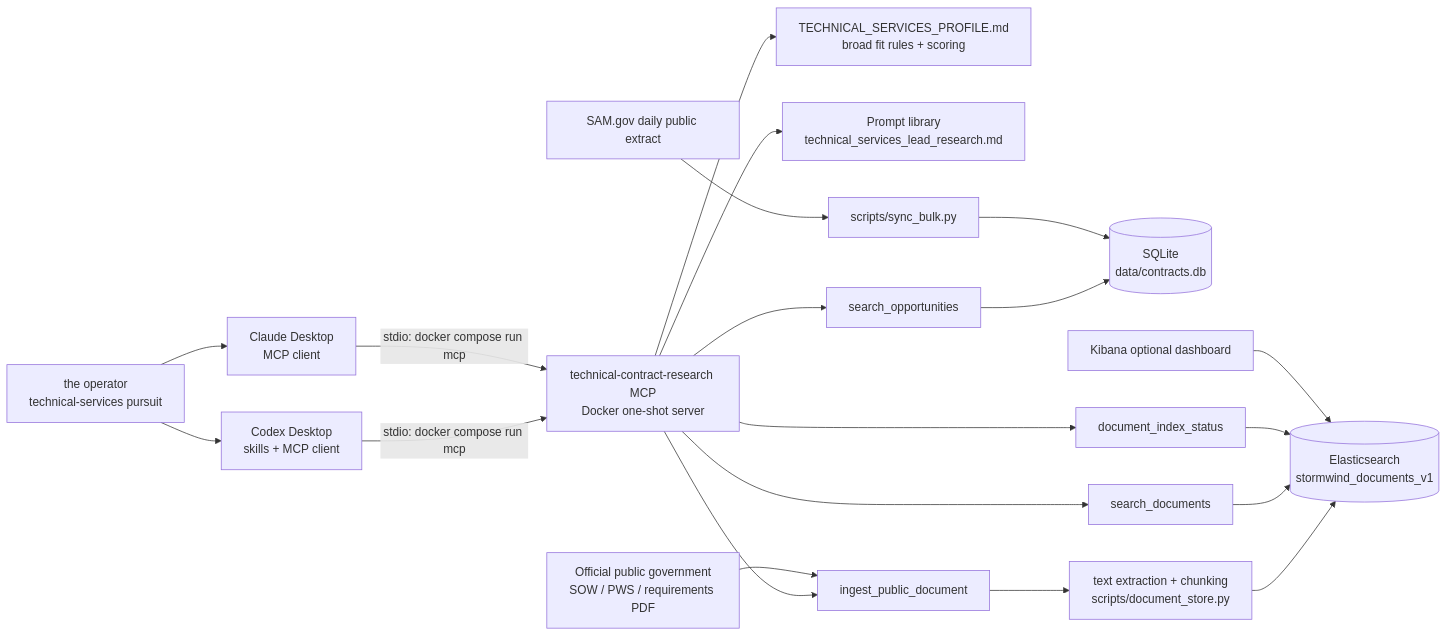
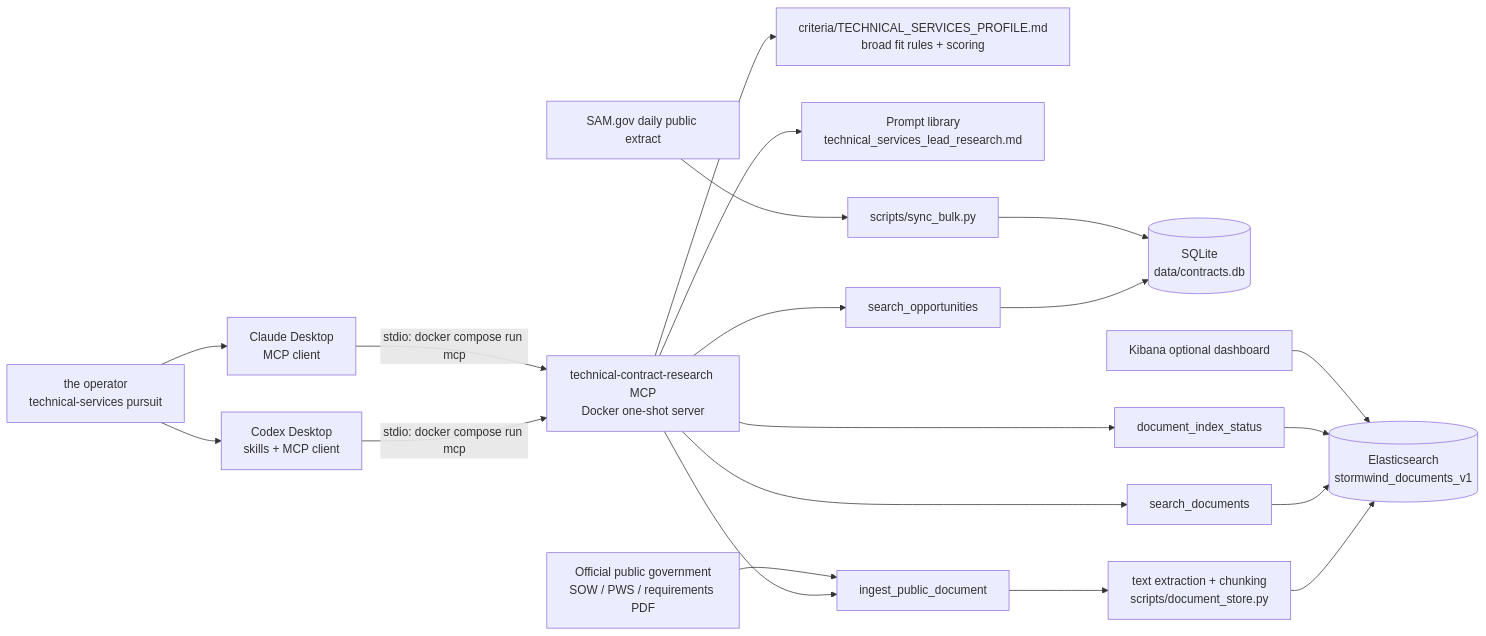
The first of 3 diagrams in ARCHITECTURE.md (TheGerberBaby/SW_Sam.gov_Auto_Searcher), drawn with Mermaid before and after one commit. The commit also changed 27 other files, not shown here.

First line of the commit message:
Stage 1: markdown spine — PROFILE.md, tasks/, criteria/, roadmap policy

````diff
--- a/ARCHITECTURE.md
+++ b/ARCHITECTURE.md
@@ -5,27 +5,27 @@
 ```mermaid
 flowchart LR
     U["the operator<br/>technical-services pursuit"] --> C["Codex Desktop<br/>skills + MCP client"]
     U --> D["Claude Desktop<br/>MCP client"]
 
     C -->|stdio: docker compose run mcp| M["technical-contract-research MCP<br/>Docker one-shot server"]
     D -->|stdio: docker compose run mcp| M
 
-    M --> P["TECHNICAL_SERVICES_PROFILE.md<br/>broad fit rules + scoring"]
+    M --> P["criteria/TECHNICAL_SERVICES_PROFILE.md<br/>broad fit rules + scoring"]
     M --> Q["Prompt library<br/>technical_services_lead_research.md"]
 
     M --> O["search_opportunities"]
     O --> S[("SQLite<br/>data/contracts.db")]
     B["SAM.gov daily public extract"] --> R["scripts/sync_bulk.py"]
     R --> S
 
     M --> I["ingest_public_document"]
     G["Official public government<br/>SOW / PWS / requirements PDF"] --> I
     I --> X["text extraction + chunking<br/>scripts/document_store.py"]
     X --> E[("Elasticsearch<br/>stormwind_documents_v1")]
 
     M --> F["search_documents"]
     M --> H["document_index_status"]
     F --> E
     H --> E
     K["Kibana optional dashboard"] --> E
 ```
````
